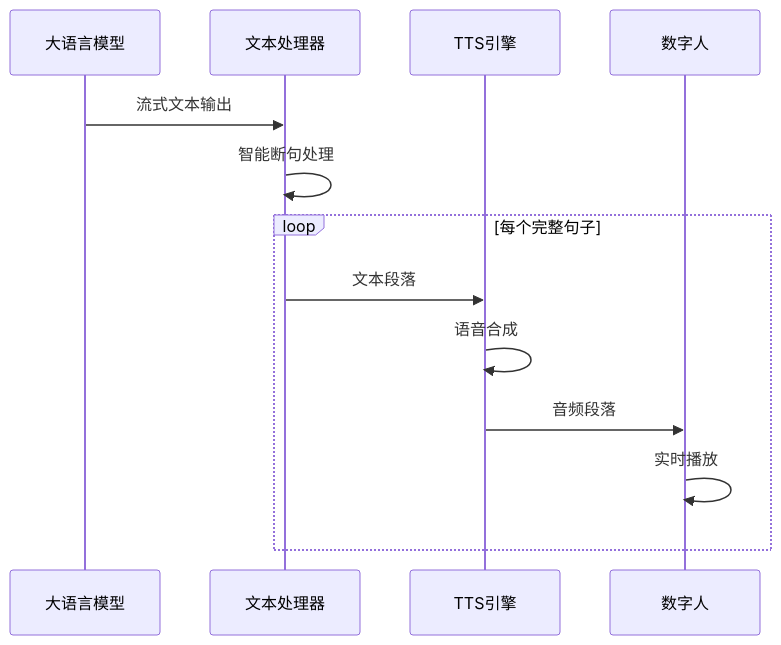
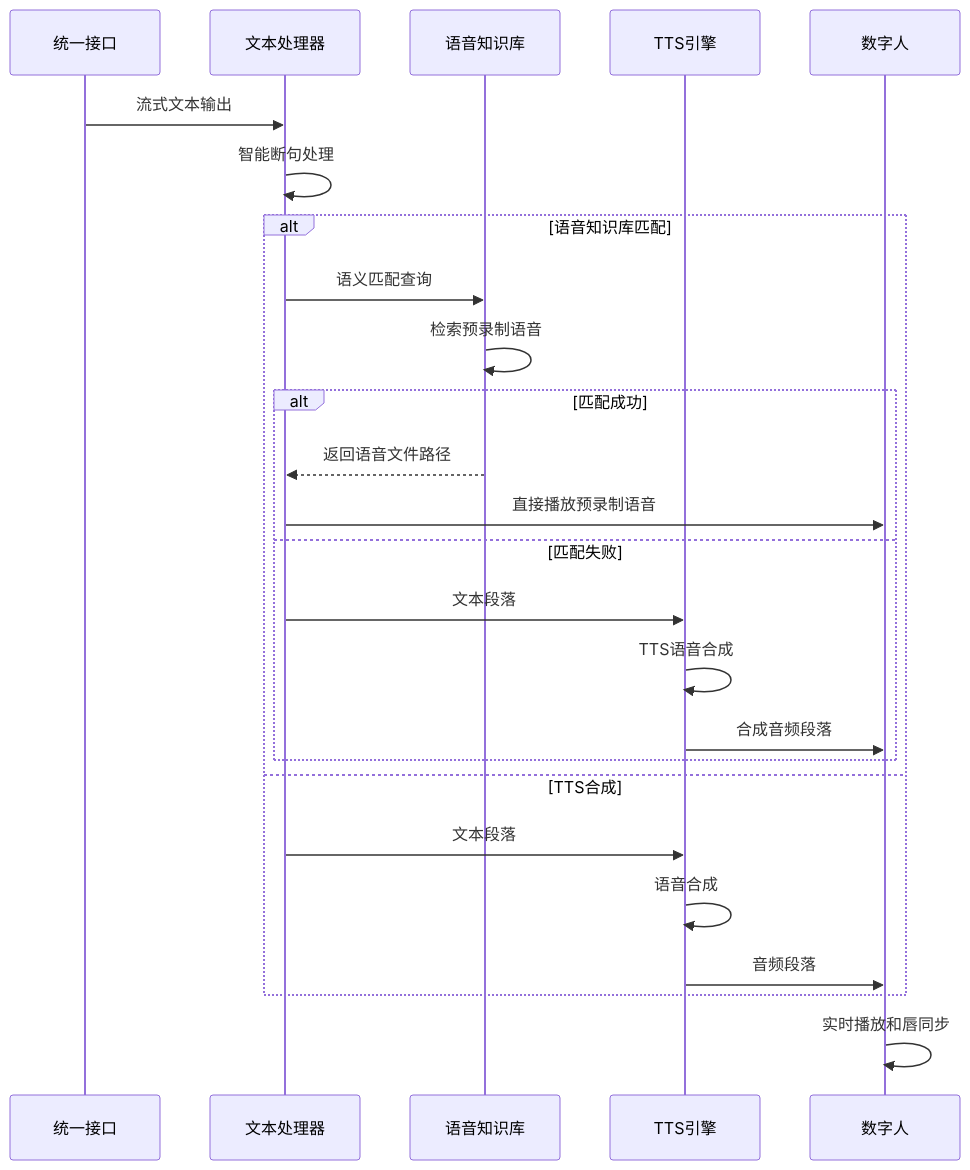
The third of 4 diagrams in docs/zh/any4dh系统说明文档.md (eogee/any4any), drawn with Mermaid before and after one commit. The commit also changed other lines of this file and 10 other files, not shown here.

````diff
--- a/docs/zh/any4dh系统说明文档.md
+++ b/docs/zh/any4dh系统说明文档.md
@@ -82,16 +118,30 @@
 ```mermaid
 sequenceDiagram
-    participant LLM as 大语言模型
+    participant UnifiedInterface as 统一接口
     participant TextProcessor as 文本处理器
+    participant VoiceKB as 语音知识库
     participant TTS as TTS引擎
     participant DigitalHuman as 数字人
 
-    LLM->>TextProcessor: 流式文本输出
+    UnifiedInterface->>TextProcessor: 流式文本输出
     TextProcessor->>TextProcessor: 智能断句处理
-    loop 每个完整句子
+
+    alt 语音知识库匹配
+        TextProcessor->>VoiceKB: 语义匹配查询
+        VoiceKB->>VoiceKB: 检索预录制语音
+        alt 匹配成功
+            VoiceKB-->>TextProcessor: 返回语音文件路径
+            TextProcessor->>DigitalHuman: 直接播放预录制语音
+        else 匹配失败
+            TextProcessor->>TTS: 文本段落
+            TTS->>TTS: TTS语音合成
+            TTS->>DigitalHuman: 合成音频段落
+        end
+    else TTS合成
         TextProcessor->>TTS: 文本段落
         TTS->>TTS: 语音合成
         TTS->>DigitalHuman: 音频段落
-        DigitalHuman->>DigitalHuman: 实时播放
     end
+
+    DigitalHuman->>DigitalHuman: 实时播放和唇同步
 ```
````
